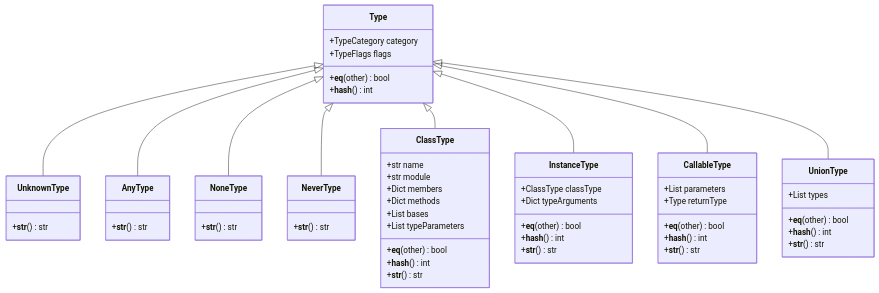
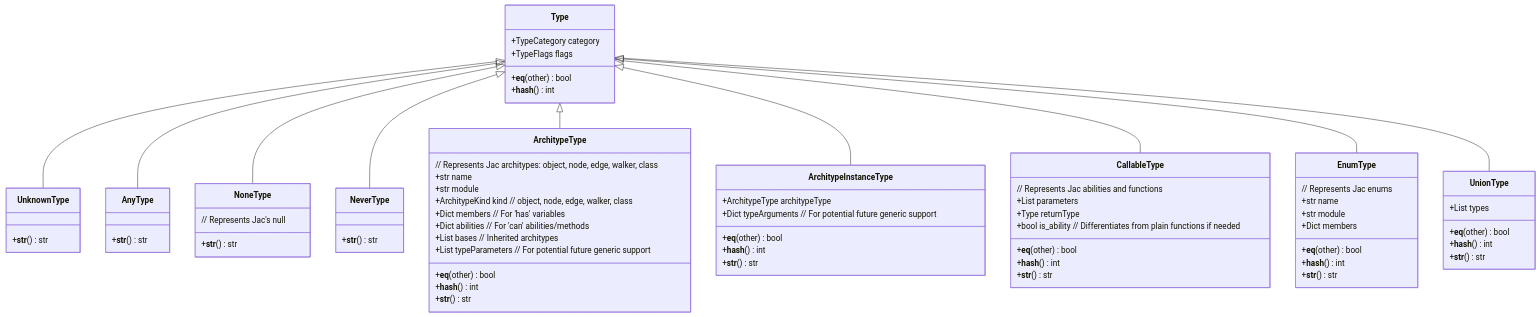
One commit to Jaseci-Labs/jaseci changed the second of 6 diagrams in docs/docs/internals/planning_specs/native_type_system/lets_build.md. Above: the diagram before and after it, drawn with Mermaid. The commit also changed other lines of this file, not shown here.

Commit message:
docs: Type checker lets build updated for jac

````diff
--- a/docs/docs/internals/planning_specs/native_type_system/lets_build.md
+++ b/docs/docs/internals/planning_specs/native_type_system/lets_build.md
@@ -124,69 +112,81 @@
 ```mermaid
 classDiagram
     class Type {
         +TypeCategory category
         +TypeFlags flags
         +__eq__(other) bool
         +__hash__() int
     }
 
     class UnknownType {
         +__str__() str
     }
 
     class AnyType {
         +__str__() str
     }
 
-    class NoneType {
+    class NoneType { // Represents Jac's null
         +__str__() str
     }
 
     class NeverType {
         +__str__() str
     }
 
-    class ClassType {
+    class ArchitypeType { // Represents Jac architypes: object, node, edge, walker, class
         +str name
         +str module
-        +Dict members
-        +Dict methods
-        +List bases
-        +List typeParameters
+        +ArchitypeKind kind // object, node, edge, walker, class
+        +Dict members // For 'has' variables
+        +Dict abilities // For 'can' abilities/methods
+        +List bases // Inherited architypes
+        +List typeParameters // For potential future generic support
         +__eq__(other) bool
         +__hash__() int
         +__str__() str
     }
 
-    class InstanceType {
-        +ClassType classType
-        +Dict typeArguments
+    class ArchitypeInstanceType {
+        +ArchitypeType architypeType
+        +Dict typeArguments // For potential future generic support
         +__eq__(other) bool
         +__hash__() int
         +__str__() str
     }
 
-    class CallableType {
+    class CallableType { // Represents Jac abilities and functions
         +List parameters
         +Type returnType
+        +bool is_ability // Differentiates from plain functions if needed
+        +__eq__(other) bool
+        +__hash__() int
+        +__str__() str
+    }
+
+    class EnumType { // Represents Jac enums
+        +str name
+        +str module
+        +Dict members
         +__eq__(other) bool
         +__hash__() int
         +__str__() str
     }
 
     class UnionType {
         +List types
         +__eq__(other) bool
         +__hash__() int
         +__str__() str
     }
 
     Type <|-- UnknownType
     Type <|-- AnyType
     Type <|-- NoneType
     Type <|-- NeverType
-    Type <|-- ClassType
-    Type <|-- InstanceType
+    Type <|-- ArchitypeType
+    Type <|-- ArchitypeInstanceType
     Type <|-- CallableType
+    Type <|-- EnumType
     Type <|-- UnionType
 ```
````
